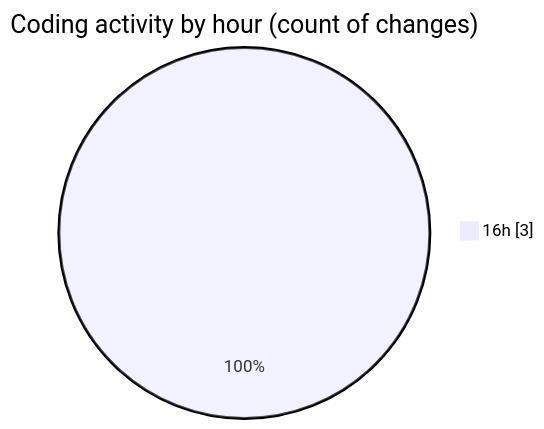
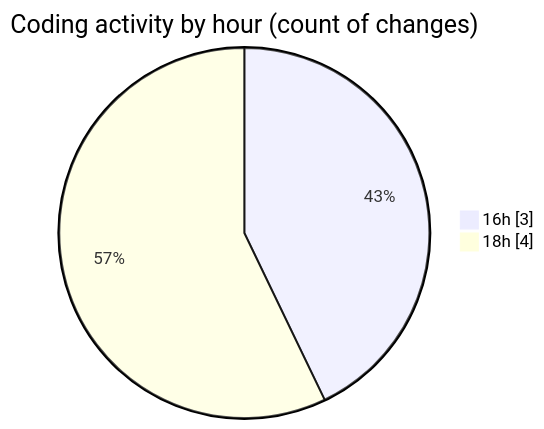
One commit to IJAZ3593/code-tracking changed the second of 2 diagrams in 2025-09-02/multipages_pages/README.md. Above: the diagram before and after it, drawn with Mermaid. The commit also changed other lines of this file and 1 other file, not shown here.

````diff
--- a/2025-09-02/multipages_pages/README.md
+++ b/2025-09-02/multipages_pages/README.md
@@ -31,5 +37,6 @@
 ```mermaid
 pie showData
 title Coding activity by hour (count of changes)
 "16h" : 3
+"18h" : 4
 ```
````
